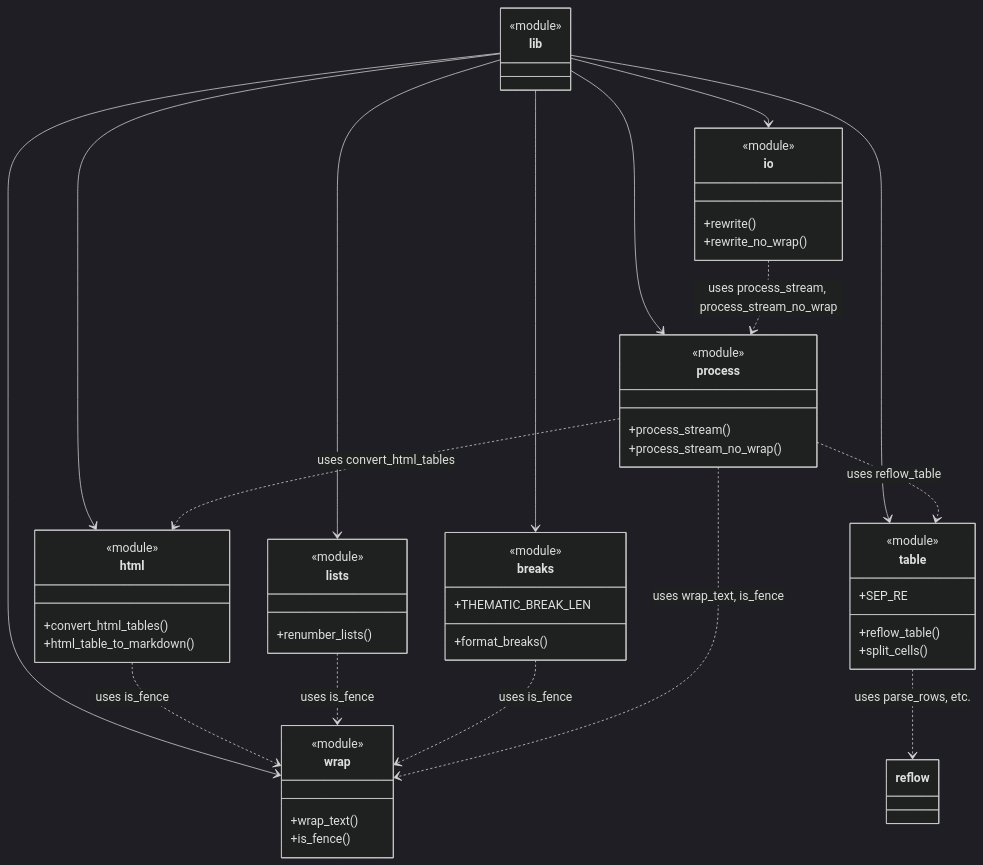
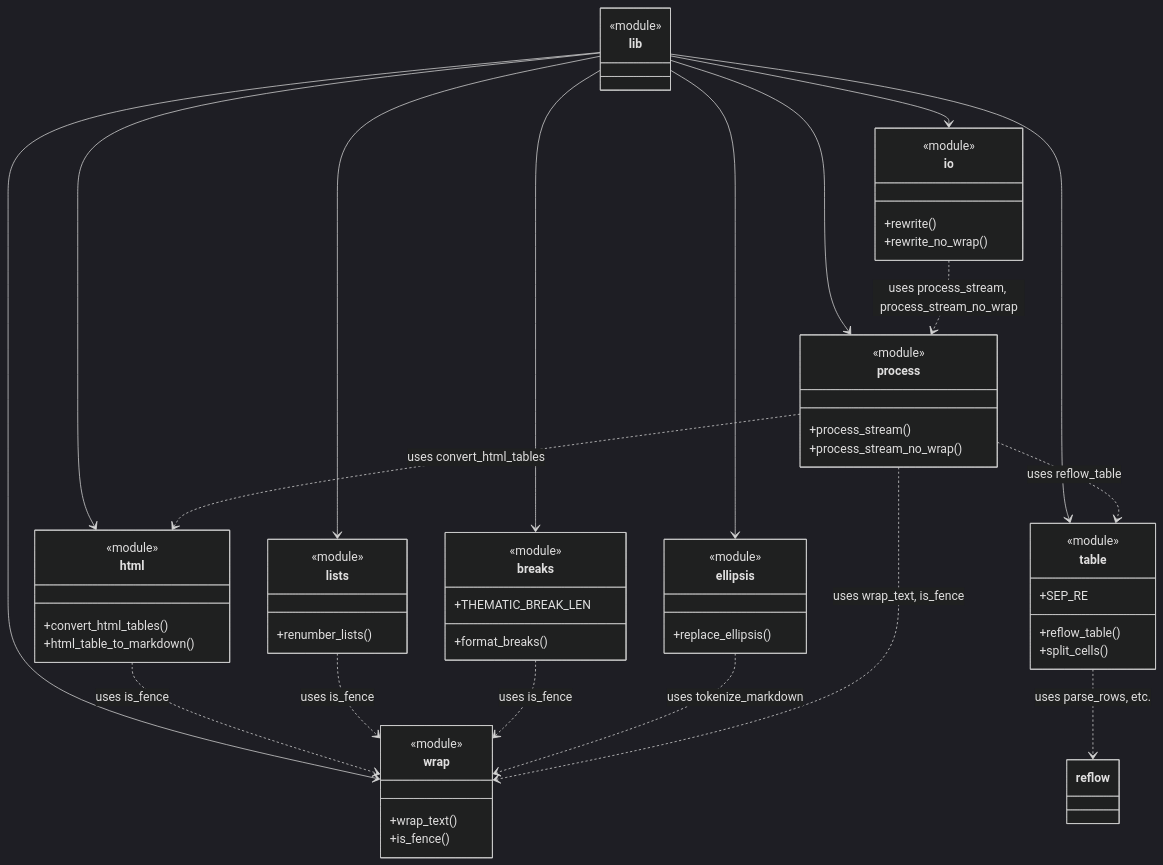
The diagram in docs/module-relationships.md (leynos/mdtablefix), drawn with Mermaid (dark theme) before and after one commit. The commit also changed other lines of this file and 5 other files, not shown here.

Commit message:
Add test for long ellipsis sequences

````diff
--- a/docs/module-relationships.md
+++ b/docs/module-relationships.md
@@ -5,56 +5,62 @@
 ```mermaid
 classDiagram
     class lib {
         <<module>>
     }
     class html {
         <<module>>
         +convert_html_tables()
         +html_table_to_markdown()
     }
     class table {
         <<module>>
         +reflow_table()
         +split_cells()
         +SEP_RE
     }
     class wrap {
         <<module>>
         +wrap_text()
         +is_fence()
     }
     class lists {
         <<module>>
         +renumber_lists()
     }
     class breaks {
         <<module>>
         +format_breaks()
         +THEMATIC_BREAK_LEN
     }
+    class ellipsis {
+        <<module>>
+        +replace_ellipsis()
+    }
     class process {
         <<module>>
         +process_stream()
         +process_stream_no_wrap()
     }
     class io {
         <<module>>
         +rewrite()
         +rewrite_no_wrap()
     }
     lib --> html
     lib --> table
     lib --> wrap
     lib --> lists
     lib --> breaks
+    lib --> ellipsis
     lib --> process
     lib --> io
     html ..> wrap : uses is_fence
     table ..> reflow : uses parse_rows, etc.
     lists ..> wrap : uses is_fence
     breaks ..> wrap : uses is_fence
+    ellipsis ..> wrap : uses tokenize_markdown
     process ..> html : uses convert_html_tables
     process ..> table : uses reflow_table
     process ..> wrap : uses wrap_text, is_fence
     io ..> process : uses process_stream, process_stream_no_wrap
 ```
````
